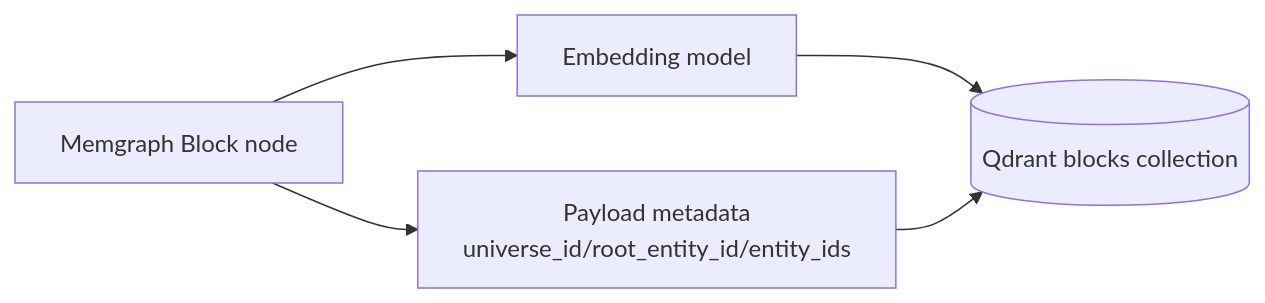
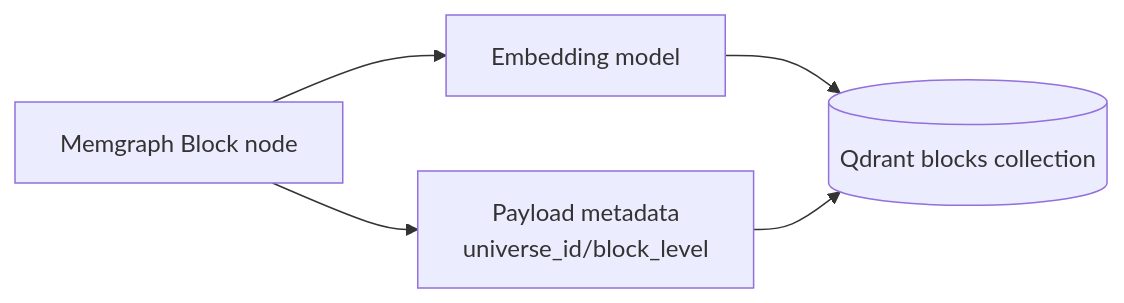
One commit to sbischoff-ai/exobrain changed the second of 2 diagrams in docs/knowledge/graph-schema.md. Above: the diagram before and after it, drawn with Mermaid. The commit also changed other lines of this file and 18 other files, not shown here.

Commit message:
fix(knowledge): store block depth in qdrant payload

````diff
--- a/docs/knowledge/graph-schema.md
+++ b/docs/knowledge/graph-schema.md
@@ -68,7 +83,7 @@
 ```mermaid
 flowchart LR
   MG[Memgraph Block node] --> EMB[Embedding model]
   EMB --> Q[(Qdrant blocks collection)]
-  MG --> META[Payload metadata\nuniverse_id/root_entity_id/entity_ids]
+  MG --> META[Payload metadata\nuniverse_id/block_level]
   META --> Q
 ```
````
